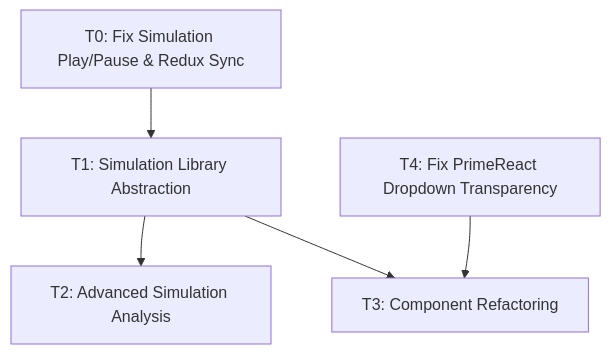
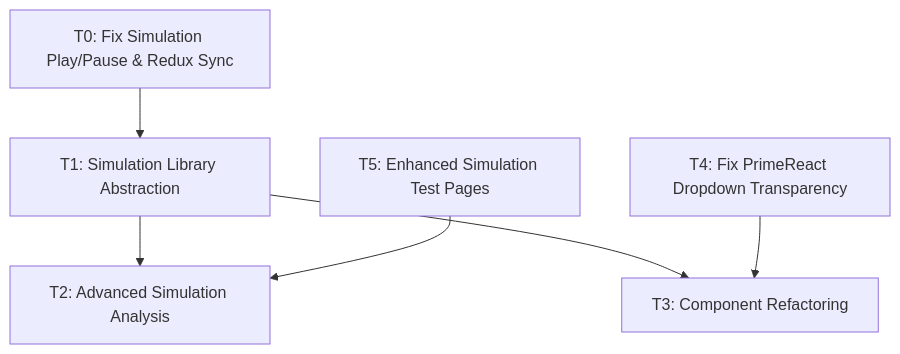
One commit to space-cadet/spin_network_app changed the diagram in memory-bank/tasks.md. Above: the diagram before and after it, drawn with Mermaid. The commit also changed other lines of this file and 4 other files, not shown here.

````diff
--- a/memory-bank/tasks.md
+++ b/memory-bank/tasks.md
@@ -119,13 +142,15 @@
 ```mermaid
 graph TD
     T1[T1: Simulation Library Abstraction]
     T2[T2: Advanced Simulation Analysis]
     T3[T3: Component Refactoring]
     T0[T0: Fix Simulation Play/Pause & Redux Sync]
     T4[T4: Fix PrimeReact Dropdown Transparency]
+    T5[T5: Enhanced Simulation Test Pages]
     
     T0 --> T1
     T1 --> T2
     T1 --> T3
     T4 --> T3
+    T5 --> T2
 ```
````
